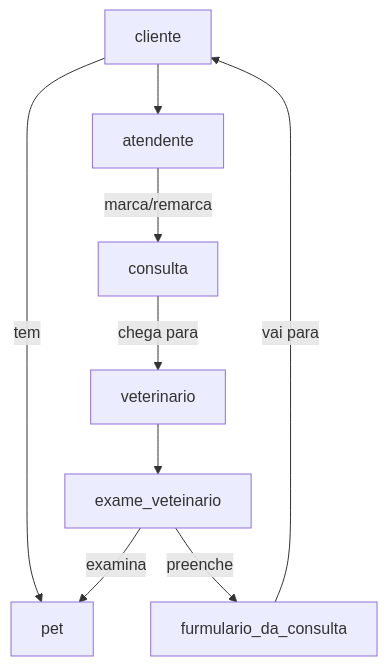
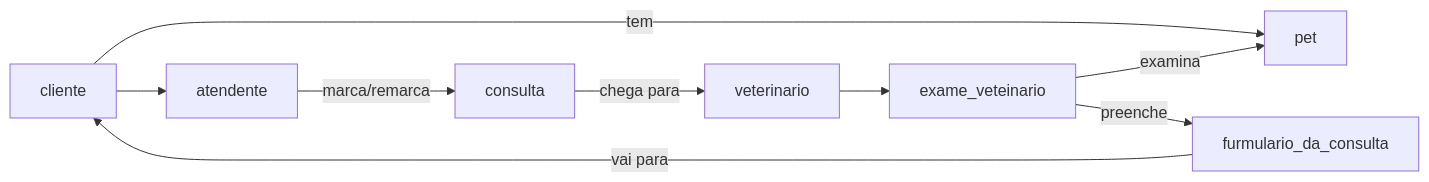
The diagram in README.md (Andriel94/Clinica_Veterianaria_Trabalho-engenharia-software-2026), drawn with Mermaid before and after one commit.

Commit message:
Correct README formatting and UML diagram
Fix formatting and update UML diagram section.

````diff
--- a/README.md
+++ b/README.md
@@ -6,18 +6,18 @@
 ```mermaid
-flowchart TD
+flowchart LR
 
     cliente["cliente"]
     pet["pet"]
     atendente["atendente"]
     veterinario["veterinario"]
 
     consulta["consulta"]
     exame_veteinario["exame_veteinario"]
     furmulario_da_consulta["furmulario_da_consulta"]
 
     cliente -- tem --> pet 
     cliente --> atendente -- "marca/remarca" --> consulta
     consulta -- "chega para" --> veterinario --> exame_veteinario -- "examina" --> pet
     exame_veteinario -- "preenche" --> furmulario_da_consulta
     furmulario_da_consulta -- "vai para" --> cliente
 ```
````
